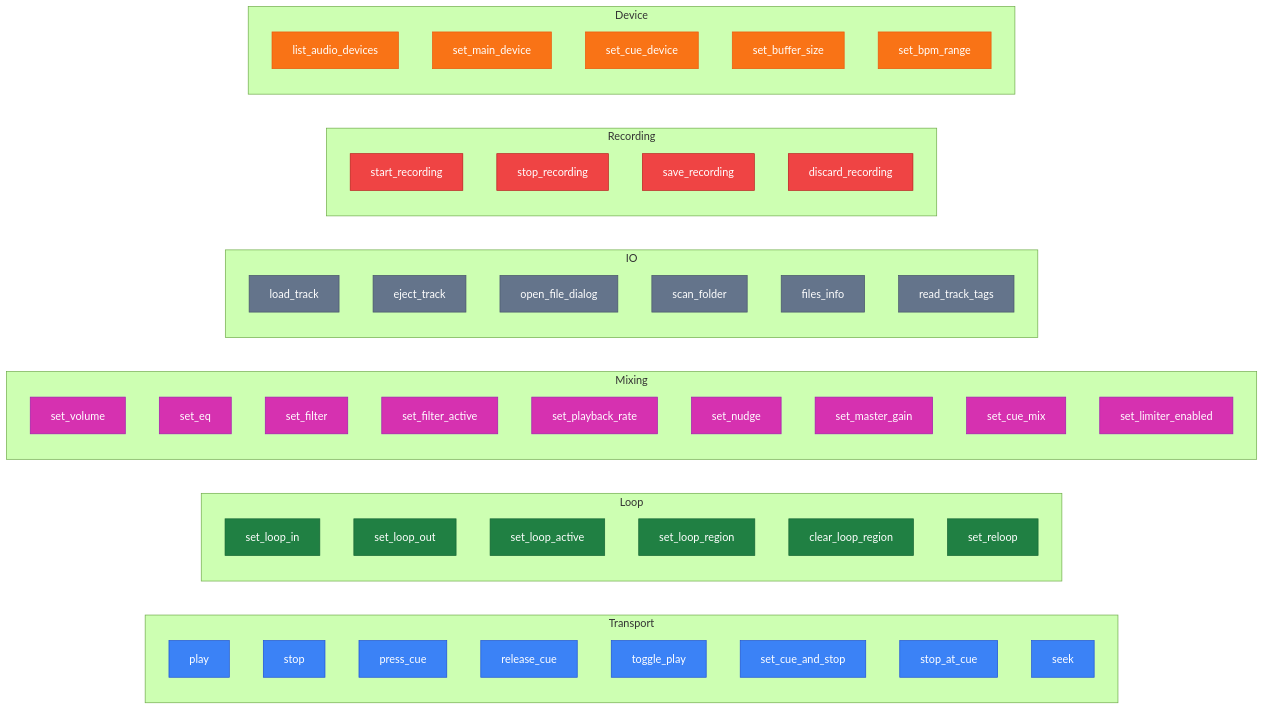
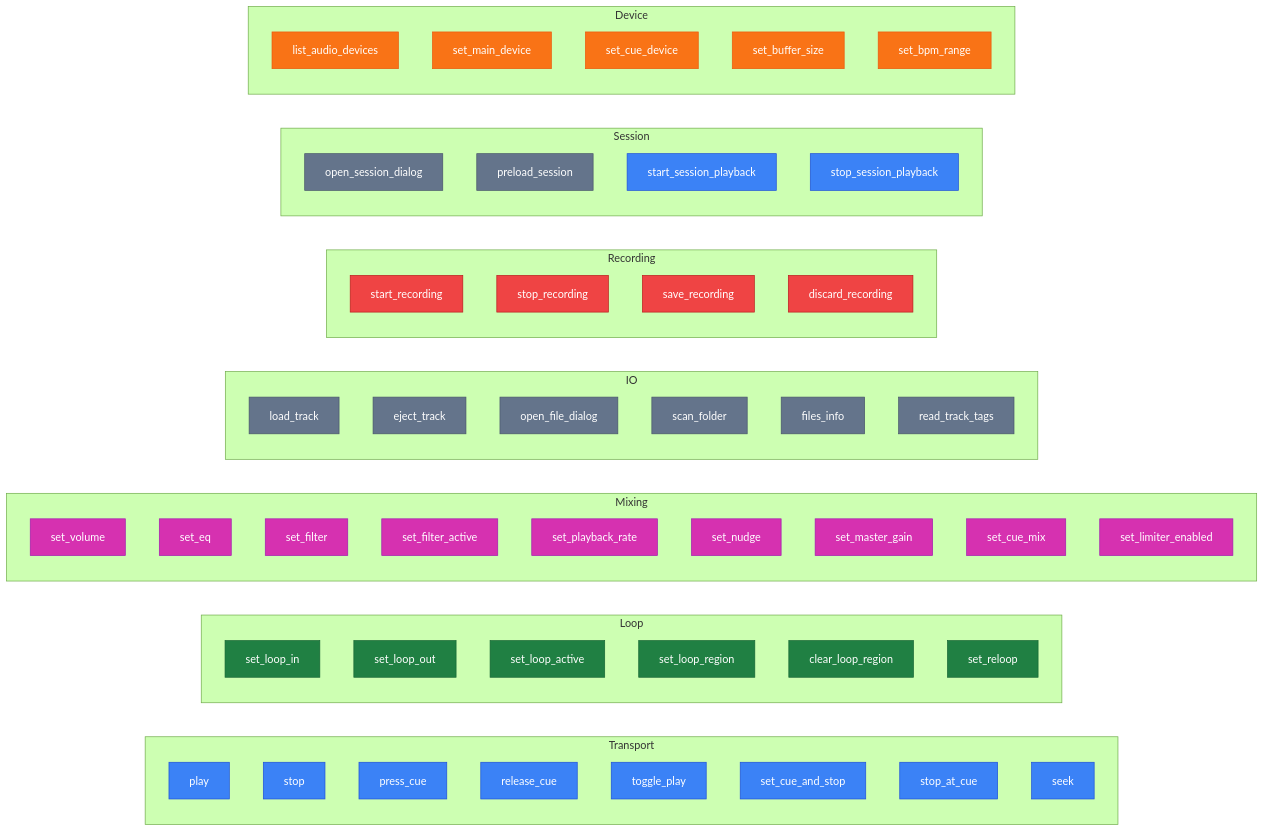
The fifth of 6 diagrams in ARCHITECTURE.md (berrutti/beatmatcher), drawn with Mermaid (forest theme) before and after one commit. The commit also changed other lines of this file and 18 other files, not shown here.

````diff
--- a/ARCHITECTURE.md
+++ b/ARCHITECTURE.md
@@ -103,65 +106,72 @@
 ```mermaid
 graph LR
     classDef transport fill:#3b82f6,stroke:#1d4ed8,color:#fff
     classDef loop fill:#208043,stroke:#166534,color:#fff
     classDef mixing fill:#d631b0,stroke:#a21caf,color:#fff
     classDef io fill:#64748b,stroke:#475569,color:#fff
     classDef recording fill:#ef4444,stroke:#b91c1c,color:#fff
     classDef device fill:#f97316,stroke:#ea580c,color:#fff
 
     subgraph Transport
         play:::transport
         stop:::transport
         press_cue:::transport
         release_cue:::transport
         toggle_play:::transport
         set_cue_and_stop:::transport
         stop_at_cue:::transport
         seek:::transport
     end
 
     subgraph Loop
         set_loop_in:::loop
         set_loop_out:::loop
         set_loop_active:::loop
         set_loop_region:::loop
         clear_loop_region:::loop
         set_reloop:::loop
     end
 
     subgraph Mixing
         set_volume:::mixing
         set_eq:::mixing
         set_filter:::mixing
         set_filter_active:::mixing
         set_playback_rate:::mixing
         set_nudge:::mixing
         set_master_gain:::mixing
         set_cue_mix:::mixing
         set_limiter_enabled:::mixing
     end
 
     subgraph IO
         load_track:::io
         eject_track:::io
         open_file_dialog:::io
         scan_folder:::io
         files_info:::io
         read_track_tags:::io
     end
 
     subgraph Recording
         start_recording:::recording
         stop_recording:::recording
         save_recording:::recording
         discard_recording:::recording
     end
 
+    subgraph Session
+        open_session_dialog:::io
+        preload_session:::io
+        start_session_playback:::transport
+        stop_session_playback:::transport
+    end
+
     subgraph Device
         list_audio_devices:::device
         set_main_device:::device
         set_cue_device:::device
         set_buffer_size:::device
         set_bpm_range:::device
     end
 ```
````
